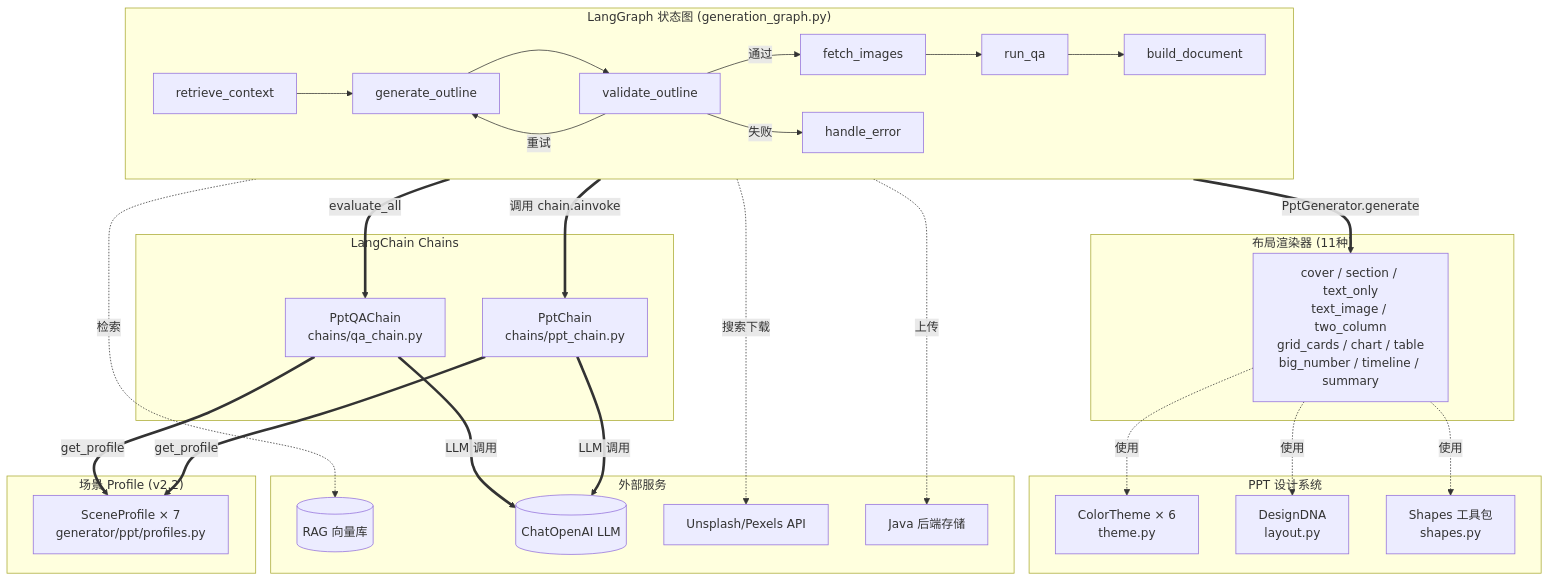
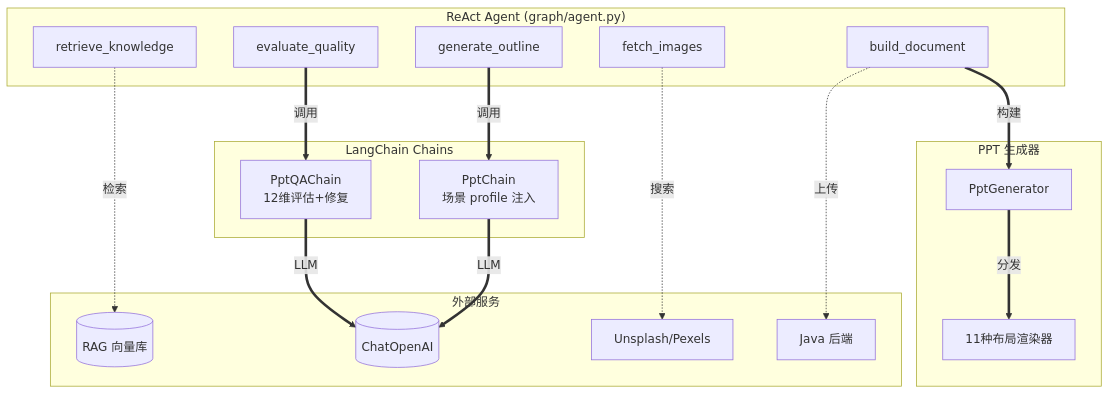
The third of 3 diagrams in doc/graph/PPT_GENERATION_DESIGN.md (ForeverGreenDam/BirdHelp-AI), drawn with Mermaid before and after one commit. The commit also changed other lines of this file and 10 other files, not shown here.

Commit message:
(feat): 重构文档生成架构为 ReAct Agent，自主编排生成流程，优化 RabbitMQ 消费逻辑

````diff
--- a/doc/graph/PPT_GENERATION_DESIGN.md
+++ b/doc/graph/PPT_GENERATION_DESIGN.md
@@ -431,61 +382,37 @@
 ```mermaid
 graph TB
-    subgraph Graph["LangGraph 状态图 (generation_graph.py)"]
-        direction LR
-        N1[retrieve_context]
-        N2[generate_outline]
-        N3[validate_outline]
-        N4[fetch_images]
-        N5[run_qa]
-        N6[build_document]
-        N7[handle_error]
-
-        N1 --> N2
-        N2 --> N3
-        N3 -->|通过| N4
-        N3 -->|重试| N2
-        N3 -->|失败| N7
-        N4 --> N5
-        N5 --> N6
+    subgraph Agent["ReAct Agent (graph/agent.py)"]
+        T1[retrieve_knowledge]
+        T2[generate_outline]
+        T3[fetch_images]
+        T4[evaluate_quality]
+        T5[build_document]
     end
 
     subgraph Chains["LangChain Chains"]
-        PC[PptChain<br/>chains/ppt_chain.py]
-        QA[PptQAChain<br/>chains/qa_chain.py]
+        PC[PptChain<br/>场景 profile 注入]
+        QA[PptQAChain<br/>12维评估+修复]
     end
 
-    subgraph Profiles["场景 Profile (v2.2)"]
-        PF[SceneProfile × 7<br/>generator/ppt/profiles.py]
-    end
-
-    subgraph Design["PPT 设计系统"]
-        CT[ColorTheme × 6<br/>theme.py]
-        DNA[DesignDNA<br/>layout.py]
-        SH[Shapes 工具包<br/>shapes.py]
-    end
-
-    subgraph Layouts["布局渲染器 (11种)"]
-        LY[cover / section / text_only<br/>text_image / two_column<br/>grid_cards / chart / table<br/>big_number / timeline / summary]
+    subgraph Generator["PPT 生成器"]
+        PG[PptGenerator]
+        LY[11种布局渲染器]
     end
 
     subgraph External["外部服务"]
         RAG[(RAG 向量库)]
-        LLM[(ChatOpenAI LLM)]
-        IMG[Unsplash/Pexels API]
-        JAVA[Java 后端存储]
+        LLM[(ChatOpenAI)]
+        IMG[Unsplash/Pexels]
+        JAVA[Java 后端]
     end
 
-    N1 -.->|检索| RAG
-    N2 ==>|调用 chain.ainvoke| PC
-    PC ==>|get_profile| PF
-    PC ==>|LLM 调用| LLM
-    N4 -.->|搜索下载| IMG
-    N5 ==>|evaluate_all| QA
-    QA ==>|get_profile| PF
-    QA ==>|LLM 调用| LLM
-    N6 ==>|PptGenerator.generate| LY
-    LY -.->|使用| CT
-    LY -.->|使用| DNA
-    LY -.->|使用| SH
-    N6 -.->|上传| JAVA
+    T1 -.->|检索| RAG
+    T2 ==>|调用| PC
+    PC ==>|LLM| LLM
+    T3 -.->|搜索| IMG
+    T4 ==>|调用| QA
+    QA ==>|LLM| LLM
+    T5 ==>|构建| PG
+    PG ==>|分发| LY
+    T5 -.->|上传| JAVA
 ```
````
